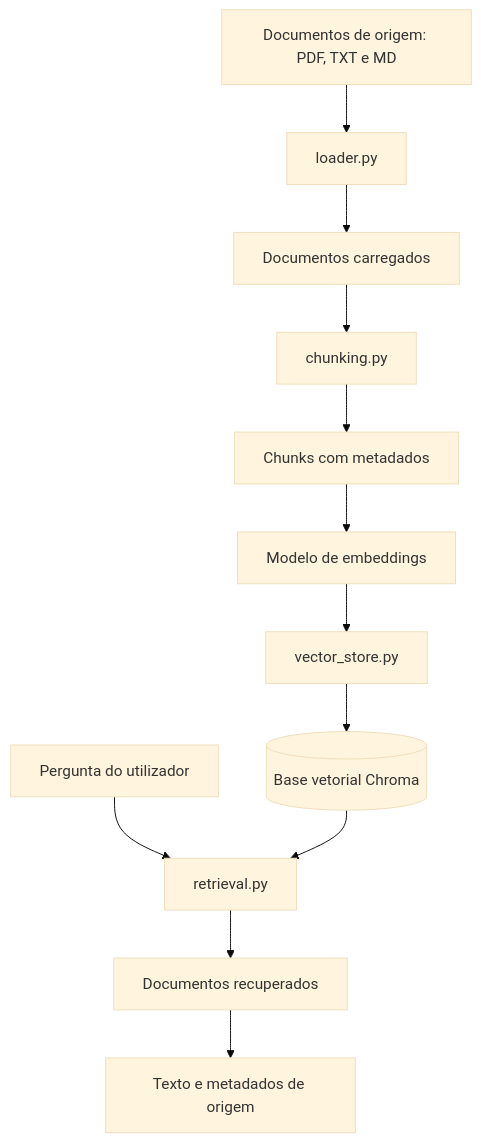
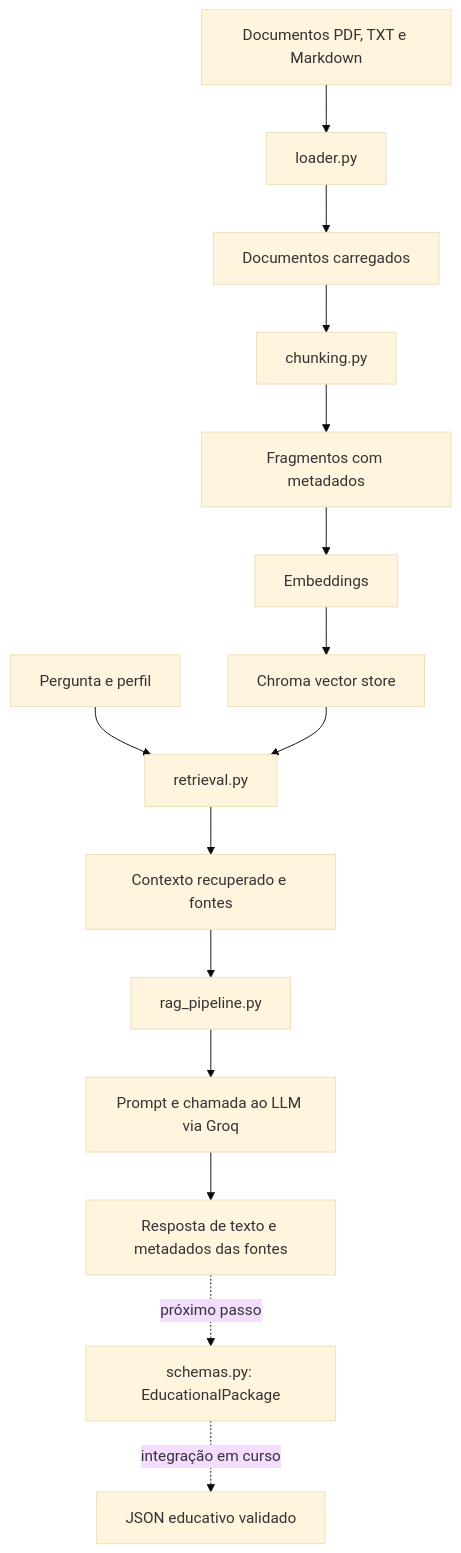
One commit to No-Country-simulation/G10_BRASIL_equipo16_NovaMente changed the diagram in ai_stack/README.md. Above: the diagram before and after it, drawn with Mermaid (base theme). The commit also changed other lines of this file and 1 other file, not shown here.

Commit message:
docs: atualiza o README com a arquitetura dos schemas e testes

````diff
--- a/ai_stack/README.md
+++ b/ai_stack/README.md
@@ -101,28 +115,19 @@
 ```mermaid
 flowchart TD
-    A[Documentos de origem: PDF, TXT e MD]
-    B[loader.py]
-    C[Documentos carregados]
-    D[chunking.py]
-    E[Chunks com metadados]
-    F[Modelo de embeddings]
-    G[vector_store.py]
-    H[(Base vetorial Chroma)]
+    A[Documentos PDF, TXT e Markdown] --> B[loader.py]
+    B --> C[Documentos carregados]
+    C --> D[chunking.py]
+    D --> E[Fragmentos com metadados]
+    E --> F[Embeddings]
+    F --> G[Chroma vector store]
 
-    I[Pergunta do utilizador]
-    J[retrieval.py]
-    K[Documentos recuperados]
-    L[Texto e metadados de origem]
+    H[Pergunta e perfil] --> I[retrieval.py]
+    G --> I
+    I --> J[Contexto recuperado e fontes]
+    J --> K[rag_pipeline.py]
+    K --> L[Prompt e chamada ao LLM via Groq]
+    L --> M[Resposta de texto e metadados das fontes]
 
-    A --> B
-    B --> C
-    C --> D
-    D --> E
-    E --> F
-    F --> G
-    G --> H
-    I --> J
-    H --> J
-    J --> K
-    K --> L
+    N[schemas.py: EducationalPackage] -. integração em curso .-> O[JSON educativo validado]
+    M -. próximo passo .-> N
 ```
````
